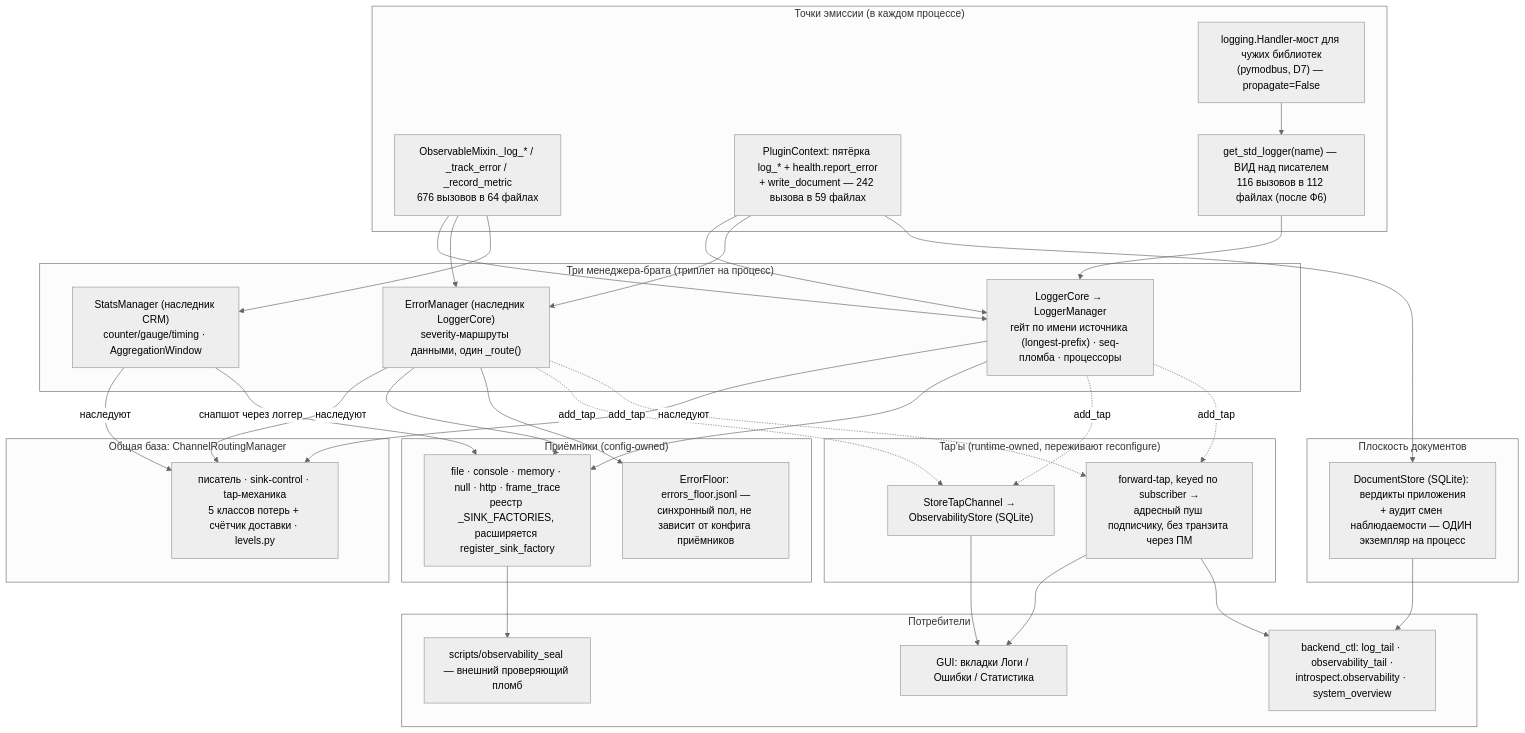
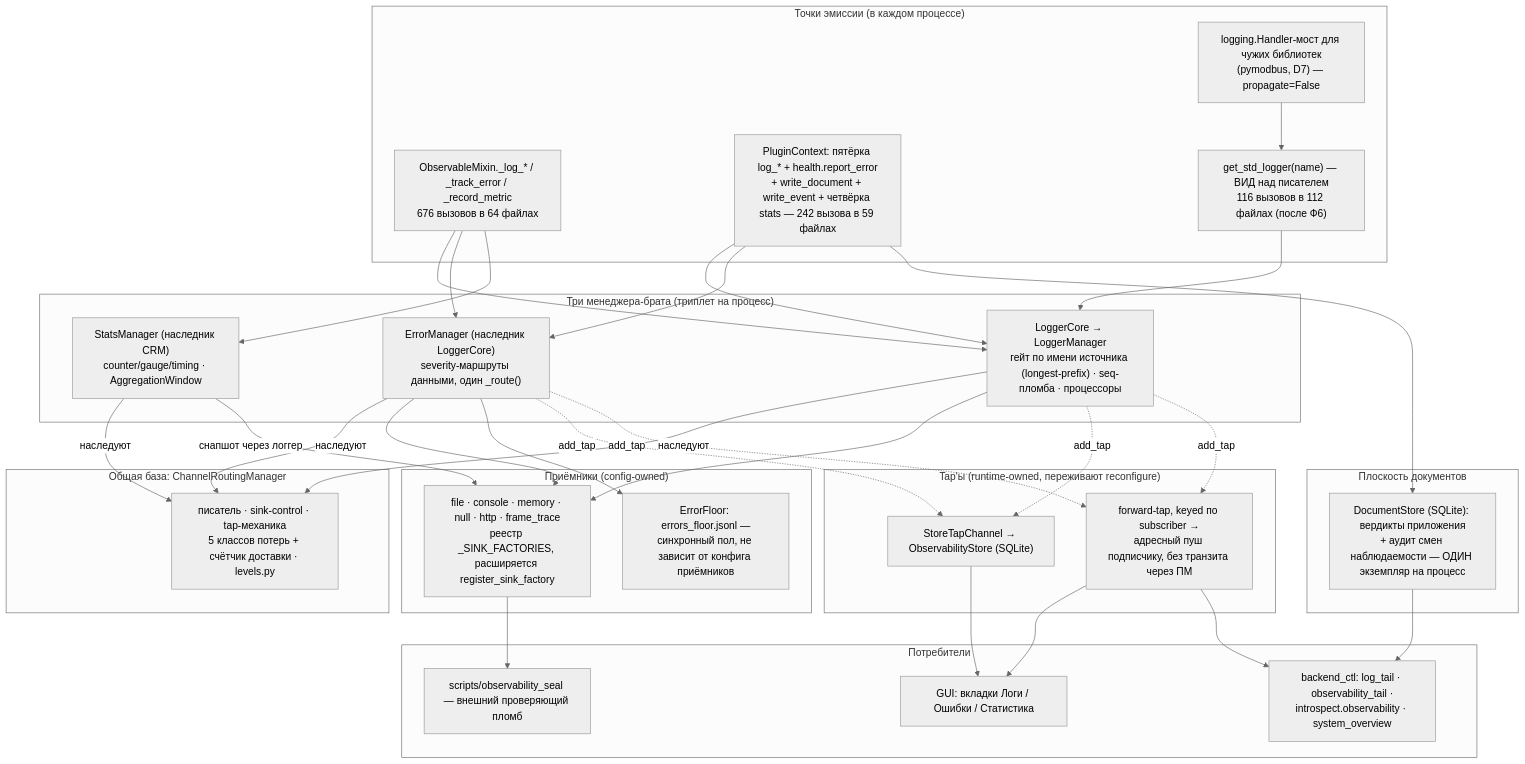
The diagram in multiprocess_framework/docs/OBSERVABILITY_MAP.md (TWOKRAI/Inspector_bottles), drawn with Mermaid (neutral theme) before and after one commit. The commit also changed other lines of this file and 36 other files, not shown here.

````diff
--- a/multiprocess_framework/docs/OBSERVABILITY_MAP.md
+++ b/multiprocess_framework/docs/OBSERVABILITY_MAP.md
@@ -42,54 +48,54 @@
 ```mermaid
 flowchart TB
     subgraph EMIT["Точки эмиссии (в каждом процессе)"]
         MIX["ObservableMixin._log_* / _track_error / _record_metric<br/>676 вызовов в 64 файлах"]
-        CTX["PluginContext: пятёрка log_* + health.report_error<br/>+ write_document — 242 вызова в 59 файлах"]
+        CTX["PluginContext: пятёрка log_* + health.report_error<br/>+ write_document + write_event + четвёрка stats — 242 вызова в 59 файлах"]
         FAC["get_std_logger(name) — ВИД над писателем<br/>116 вызовов в 112 файлах (после Ф6)"]
         BRG["logging.Handler-мост для чужих библиотек<br/>(pymodbus, D7) — propagate=False"]
     end
 
     subgraph CRM["Общая база: ChannelRoutingManager"]
         BASE["писатель · sink-control · tap-механика<br/>5 классов потерь + счётчик доставки · levels.py"]
     end
 
     subgraph MGRS["Три менеджера-брата (триплет на процесс)"]
         LC["LoggerCore → LoggerManager<br/>гейт по имени источника (longest-prefix) · seq-пломба · процессоры"]
         EM["ErrorManager (наследник LoggerCore)<br/>severity-маршруты данными, один _route()"]
         SM["StatsManager (наследник CRM)<br/>counter/gauge/timing · AggregationWindow"]
     end
 
     subgraph SINKS["Приёмники (config-owned)"]
         FCH["file · console · memory · null · http · frame_trace<br/>реестр _SINK_FACTORIES, расширяется register_sink_factory"]
         FLOOR["ErrorFloor: errors_floor.jsonl —<br/>синхронный пол, не зависит от конфига приёмников"]
     end
 
     subgraph TAPS["Tap'ы (runtime-owned, переживают reconfigure)"]
         STORE["StoreTapChannel → ObservabilityStore (SQLite)"]
         FWD["forward-tap, keyed по subscriber →<br/>адресный пуш подписчику, без транзита через ПМ"]
     end
 
     subgraph DOCS["Плоскость документов"]
         DS["DocumentStore (SQLite): вердикты приложения<br/>+ аудит смен наблюдаемости — ОДИН экземпляр на процесс"]
     end
 
     subgraph CONSUMERS["Потребители"]
         GUI["GUI: вкладки Логи / Ошибки / Статистика"]
         CTL["backend_ctl: log_tail · observability_tail ·<br/>introspect.observability · system_overview"]
         SEAL["scripts/observability_seal — внешний проверяющий пломб"]
     end
 
     MIX --> LC & EM & SM
     CTX --> LC & EM & DS
     FAC --> LC
     BRG --> FAC
     LC & EM & SM -->|наследуют| BASE
     LC --> FCH
     EM --> FCH
     EM --> FLOOR
     SM -->|снапшот через логгер| FCH
     LC & EM -.->|add_tap| STORE & FWD
     STORE --> GUI
     FWD --> GUI & CTL
     FCH --> SEAL
     DS --> CTL
 ```
````
